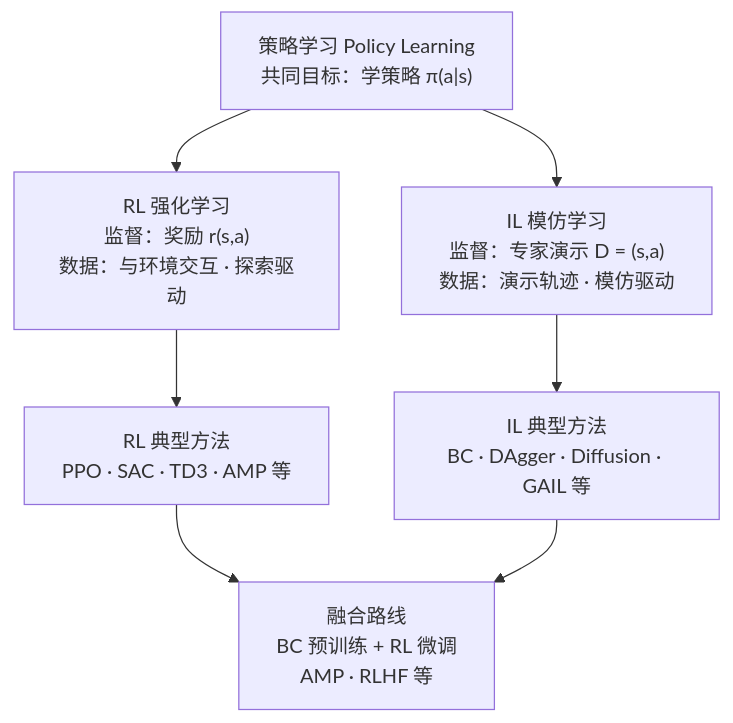
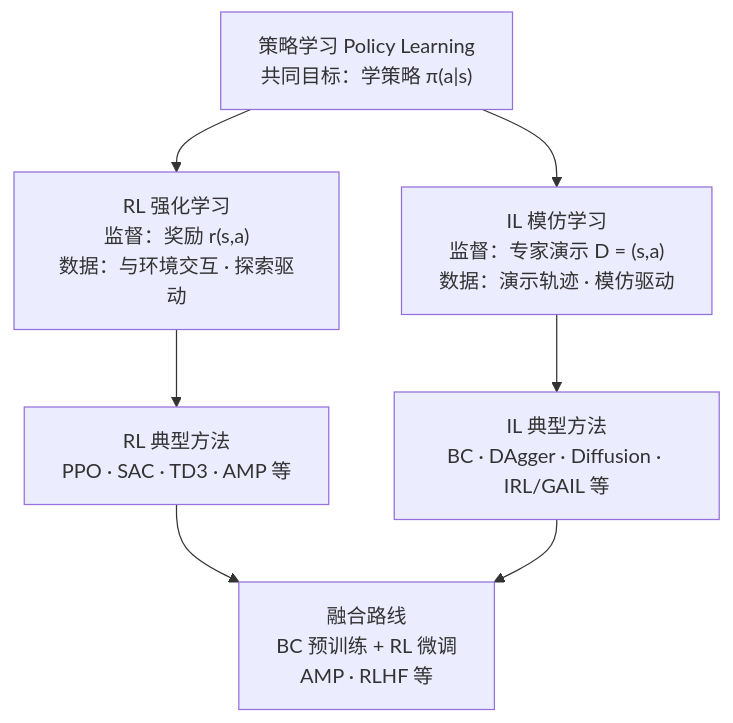
Before and after one commit to ImChong/Robotics_Notebooks: the diagram in wiki/comparisons/rl-vs-il.md, drawn with Mermaid. The commit also changed other lines of this file and 31 other files, not shown here.

````diff
--- a/wiki/comparisons/rl-vs-il.md
+++ b/wiki/comparisons/rl-vs-il.md
@@ -119,19 +120,19 @@
 ```mermaid
 flowchart TB
   PL["策略学习 Policy Learning<br/>共同目标：学策略 π(a|s)"]
 
   RL["RL 强化学习<br/>监督：奖励 r(s,a)<br/>数据：与环境交互 · 探索驱动"]
   IL["IL 模仿学习<br/>监督：专家演示 D = (s,a)<br/>数据：演示轨迹 · 模仿驱动"]
 
   RLm["RL 典型方法<br/>PPO · SAC · TD3 · AMP 等"]
-  ILm["IL 典型方法<br/>BC · DAgger · Diffusion · GAIL 等"]
+  ILm["IL 典型方法<br/>BC · DAgger · Diffusion · IRL/GAIL 等"]
 
   FUS["融合路线<br/>BC 预训练 + RL 微调<br/>AMP · RLHF 等"]
 
   PL --> RL
   PL --> IL
   RL --> RLm
   IL --> ILm
   RLm --> FUS
   ILm --> FUS
 ```
````
